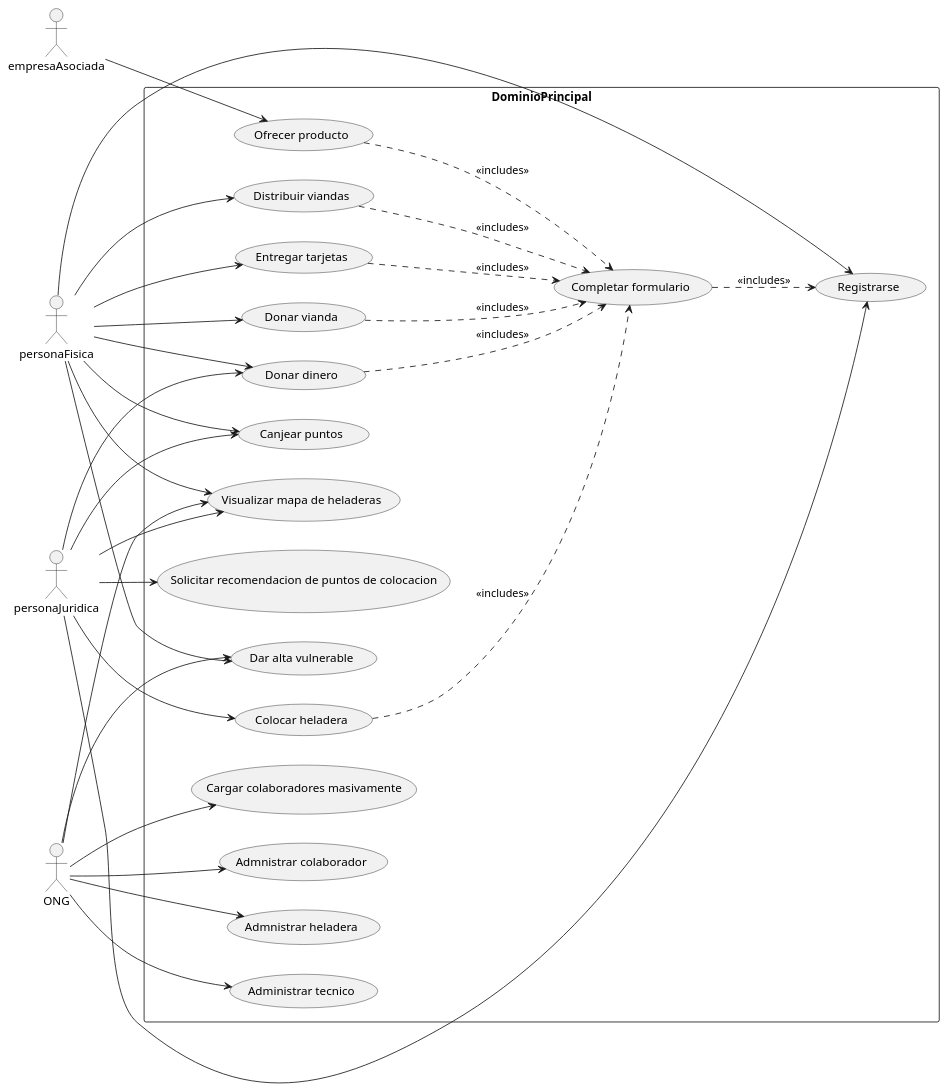
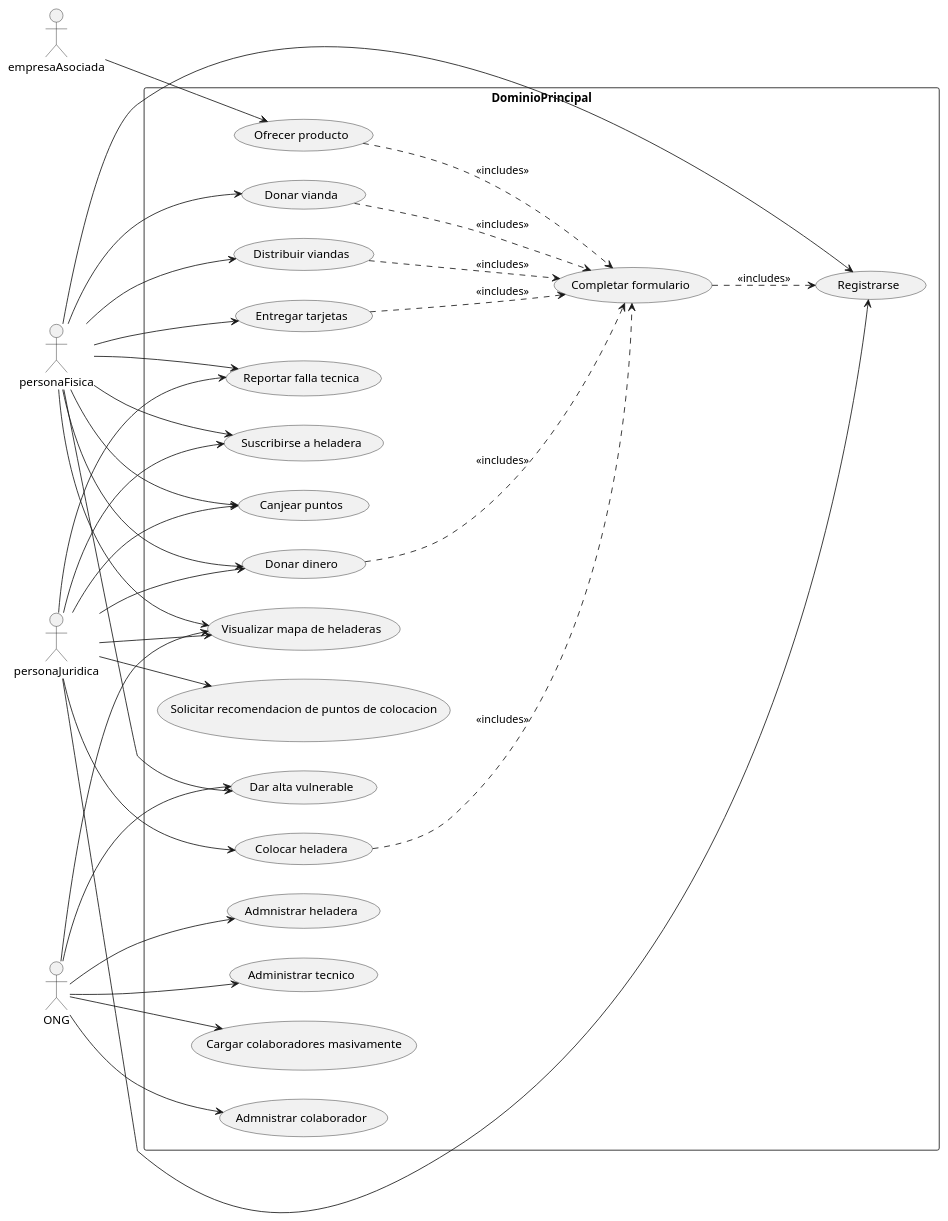
One commit to santymendez/tp-dds-2024 changed the diagram in diagrams/domain/casos-de-uso.puml. Above: the diagram before and after it, drawn with PlantUML. The commit also changed 17 other files, not shown here.

```diff
--- a/diagrams/domain/casos-de-uso.puml
+++ b/diagrams/domain/casos-de-uso.puml
@@ -1,73 +1,83 @@
 @startuml
 
 left to right direction
 actor :personaFisica: as fisica
 actor :personaJuridica: as juridica
 actor :ONG: as ong
 actor :empresaAsociada: as empresaAsociada
 
 rectangle DominioPrincipal {
     usecase "Registrarse" as UC0
 
     usecase "Completar formulario" as UC1
 
     usecase "Admnistrar colaborador" as UC2
 
     usecase "Dar alta vulnerable" as UC3
 
     usecase "Admnistrar heladera" as UC4
 
     usecase "Administrar tecnico" as UC11
 
     usecase "Donar vianda" as UC5
     usecase "Donar dinero" as UC6
     usecase "Colocar heladera" as UC7
     usecase "Distribuir viandas" as UC8
     usecase "Entregar tarjetas" as UC10
 
     usecase "Ofrecer producto" as UC14
 
     usecase "Visualizar mapa de heladeras" as UC9
     usecase "Cargar colaboradores masivamente" as UC12
 
     usecase "Canjear puntos" as UC13
 
     usecase "Solicitar recomendacion de puntos de colocacion" as UC15
+
+    usecase "Reportar falla tecnica" as UC16
+
+    usecase "Suscribirse a heladera" as UC17
 }
 
 fisica --> UC0
 juridica --> UC0
 
 fisica --> UC5
 fisica --> UC6
 fisica --> UC8
 fisica --> UC3
 fisica --> UC10
 fisica --> UC13
 
 juridica --> UC6
 juridica --> UC7
 juridica --> UC13
 juridica --> UC15
 
 ong --> UC2
 ong --> UC3
 ong --> UC4
 ong --> UC11
 ong --> UC12
 
 fisica --> UC9
 juridica --> UC9
 ong --> UC9
 
 empresaAsociada --> UC14
 
+juridica --> UC16
+fisica --> UC16
+
+fisica --> UC17
+juridica --> UC17
+
 UC5 ..> UC1 : <<includes>>
 UC6 ..> UC1 : <<includes>>
 UC7 ..> UC1 : <<includes>>
 UC8 ..> UC1 : <<includes>>
 UC10 ..> UC1 : <<includes>>
 UC14 ..> UC1 : <<includes>>
 UC1 ..> UC0 : <<includes>>
 
 @enduml
```
